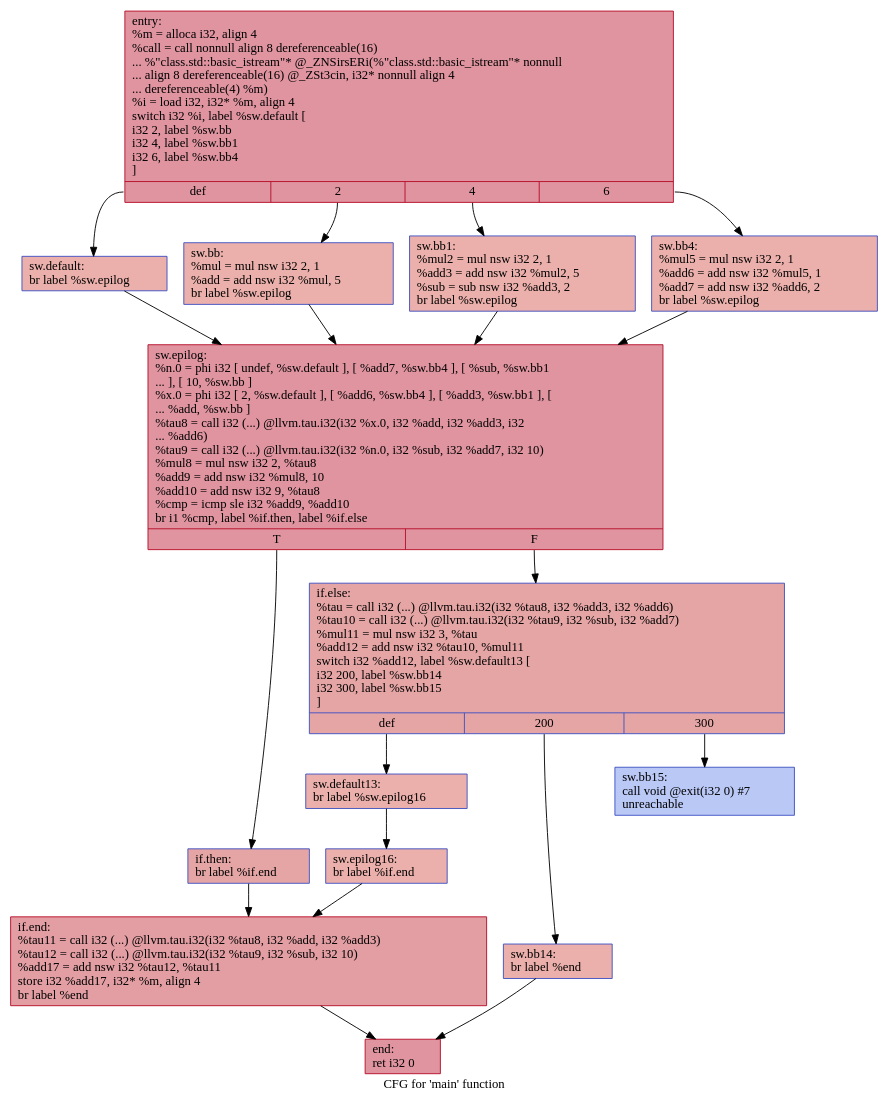
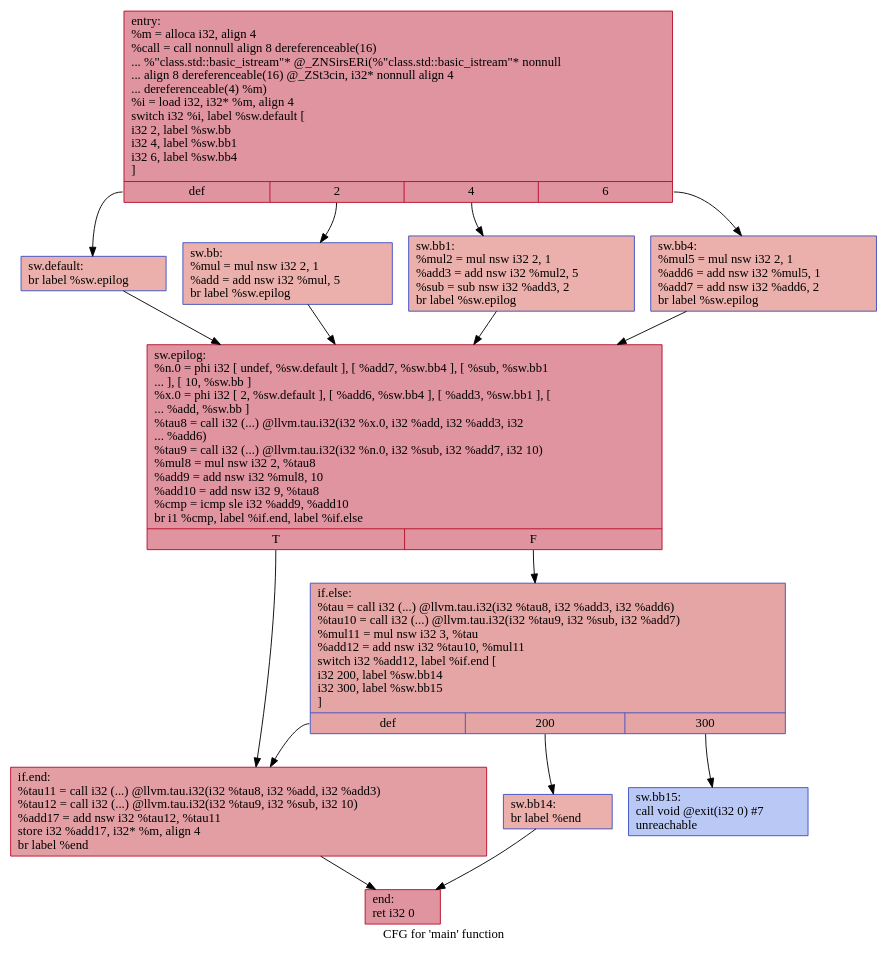
The diagram in IR/cfg/afterHPSSA.dot (HPSSA-LLVM/HPSSA-LLVM), drawn with Graphviz before and after one commit. The commit also changed 26 other files, not shown here.

```diff
--- a/IR/cfg/afterHPSSA.dot
+++ b/IR/cfg/afterHPSSA.dot
@@ -1,36 +1,30 @@
 digraph "CFG for 'main' function" {
 	label="CFG for 'main' function";
 
-	Node0x564ee1be7e00 [shape=record,color="#b70d28ff", style=filled, fillcolor="#b70d2870",label="{entry:\l  %m = alloca i32, align 4\l  %call = call nonnull align 8 dereferenceable(16)\l... %\"class.std::basic_istream\"* @_ZNSirsERi(%\"class.std::basic_istream\"* nonnull\l... align 8 dereferenceable(16) @_ZSt3cin, i32* nonnull align 4\l... dereferenceable(4) %m)\l  %i = load i32, i32* %m, align 4\l  switch i32 %i, label %sw.default [\l    i32 2, label %sw.bb\l    i32 4, label %sw.bb1\l    i32 6, label %sw.bb4\l  ]\l|{<s0>def|<s1>2|<s2>4|<s3>6}}"];
-	Node0x564ee1be7e00:s0 -> Node0x564ee1be8270;
-	Node0x564ee1be7e00:s1 -> Node0x564ee1be8380;
-	Node0x564ee1be7e00:s2 -> Node0x564ee1be8480;
-	Node0x564ee1be7e00:s3 -> Node0x564ee1be8580;
-	Node0x564ee1be8380 [shape=record,color="#3d50c3ff", style=filled, fillcolor="#d24b4070",label="{sw.bb:                                            \l  %mul = mul nsw i32 2, 1\l  %add = add nsw i32 %mul, 5\l  br label %sw.epilog\l}"];
-	Node0x564ee1be8380 -> Node0x564ee1be8830;
-	Node0x564ee1be8480 [shape=record,color="#3d50c3ff", style=filled, fillcolor="#d24b4070",label="{sw.bb1:                                           \l  %mul2 = mul nsw i32 2, 1\l  %add3 = add nsw i32 %mul2, 5\l  %sub = sub nsw i32 %add3, 2\l  br label %sw.epilog\l}"];
-	Node0x564ee1be8480 -> Node0x564ee1be8830;
-	Node0x564ee1be8580 [shape=record,color="#3d50c3ff", style=filled, fillcolor="#d24b4070",label="{sw.bb4:                                           \l  %mul5 = mul nsw i32 2, 1\l  %add6 = add nsw i32 %mul5, 1\l  %add7 = add nsw i32 %add6, 2\l  br label %sw.epilog\l}"];
-	Node0x564ee1be8580 -> Node0x564ee1be8830;
-	Node0x564ee1be8270 [shape=record,color="#3d50c3ff", style=filled, fillcolor="#d24b4070",label="{sw.default:                                       \l  br label %sw.epilog\l}"];
-	Node0x564ee1be8270 -> Node0x564ee1be8830;
-	Node0x564ee1be8830 [shape=record,color="#b70d28ff", style=filled, fillcolor="#b70d2870",label="{sw.epilog:                                        \l  %n.0 = phi i32 [ undef, %sw.default ], [ %add7, %sw.bb4 ], [ %sub, %sw.bb1\l... ], [ 10, %sw.bb ]\l  %x.0 = phi i32 [ 2, %sw.default ], [ %add6, %sw.bb4 ], [ %add3, %sw.bb1 ], [\l... %add, %sw.bb ]\l  %tau8 = call i32 (...) @llvm.tau.i32(i32 %x.0, i32 %add, i32 %add3, i32\l... %add6)\l  %tau9 = call i32 (...) @llvm.tau.i32(i32 %n.0, i32 %sub, i32 %add7, i32 10)\l  %mul8 = mul nsw i32 2, %tau8\l  %add9 = add nsw i32 %mul8, 10\l  %add10 = add nsw i32 9, %tau8\l  %cmp = icmp sle i32 %add9, %add10\l  br i1 %cmp, label %if.then, label %if.else\l|{<s0>T|<s1>F}}"];
-	Node0x564ee1be8830:s0 -> Node0x564ee1bea0b0;
-	Node0x564ee1be8830:s1 -> Node0x564ee1bea120;
-	Node0x564ee1bea0b0 [shape=record,color="#3d50c3ff", style=filled, fillcolor="#c5333470",label="{if.then:                                          \l  br label %if.end\l}"];
-	Node0x564ee1bea0b0 -> Node0x564ee1bea240;
-	Node0x564ee1bea120 [shape=record,color="#3d50c3ff", style=filled, fillcolor="#c5333470",label="{if.else:                                          \l  %tau = call i32 (...) @llvm.tau.i32(i32 %tau8, i32 %add3, i32 %add6)\l  %tau10 = call i32 (...) @llvm.tau.i32(i32 %tau9, i32 %sub, i32 %add7)\l  %mul11 = mul nsw i32 3, %tau\l  %add12 = add nsw i32 %tau10, %mul11\l  switch i32 %add12, label %sw.default13 [\l    i32 200, label %sw.bb14\l    i32 300, label %sw.bb15\l  ]\l|{<s0>def|<s1>200|<s2>300}}"];
-	Node0x564ee1bea120:s0 -> Node0x564ee1bea590;
-	Node0x564ee1bea120:s1 -> Node0x564ee1bea640;
-	Node0x564ee1bea120:s2 -> Node0x564ee1beaf50;
-	Node0x564ee1bea590 [shape=record,color="#3d50c3ff", style=filled, fillcolor="#d24b4070",label="{sw.default13:                                     \l  br label %sw.epilog16\l}"];
-	Node0x564ee1bea590 -> Node0x564ee1beb140;
-	Node0x564ee1bea640 [shape=record,color="#3d50c3ff", style=filled, fillcolor="#d24b4070",label="{sw.bb14:                                          \l  br label %end\l}"];
-	Node0x564ee1bea640 -> Node0x564ee1beb230;
-	Node0x564ee1beaf50 [shape=record,color="#3d50c3ff", style=filled, fillcolor="#6282ea70",label="{sw.bb15:                                          \l  call void @exit(i32 0) #7\l  unreachable\l}"];
-	Node0x564ee1beb140 [shape=record,color="#3d50c3ff", style=filled, fillcolor="#d24b4070",label="{sw.epilog16:                                      \l  br label %if.end\l}"];
-	Node0x564ee1beb140 -> Node0x564ee1bea240;
-	Node0x564ee1bea240 [shape=record,color="#b70d28ff", style=filled, fillcolor="#be242e70",label="{if.end:                                           \l  %tau11 = call i32 (...) @llvm.tau.i32(i32 %tau8, i32 %add, i32 %add3)\l  %tau12 = call i32 (...) @llvm.tau.i32(i32 %tau9, i32 %sub, i32 10)\l  %add17 = add nsw i32 %tau12, %tau11\l  store i32 %add17, i32* %m, align 4\l  br label %end\l}"];
-	Node0x564ee1bea240 -> Node0x564ee1beb230;
-	Node0x564ee1beb230 [shape=record,color="#b70d28ff", style=filled, fillcolor="#b70d2870",label="{end:                                              \l  ret i32 0\l}"];
+	Node0x55642c9f11b0 [shape=record,color="#b70d28ff", style=filled, fillcolor="#b70d2870",label="{entry:\l  %m = alloca i32, align 4\l  %call = call nonnull align 8 dereferenceable(16)\l... %\"class.std::basic_istream\"* @_ZNSirsERi(%\"class.std::basic_istream\"* nonnull\l... align 8 dereferenceable(16) @_ZSt3cin, i32* nonnull align 4\l... dereferenceable(4) %m)\l  %i = load i32, i32* %m, align 4\l  switch i32 %i, label %sw.default [\l    i32 2, label %sw.bb\l    i32 4, label %sw.bb1\l    i32 6, label %sw.bb4\l  ]\l|{<s0>def|<s1>2|<s2>4|<s3>6}}"];
+	Node0x55642c9f11b0:s0 -> Node0x55642c9f15f0;
+	Node0x55642c9f11b0:s1 -> Node0x55642c9f1700;
+	Node0x55642c9f11b0:s2 -> Node0x55642c9f1800;
+	Node0x55642c9f11b0:s3 -> Node0x55642c9f1900;
+	Node0x55642c9f1700 [shape=record,color="#3d50c3ff", style=filled, fillcolor="#d24b4070",label="{sw.bb:                                            \l  %mul = mul nsw i32 2, 1\l  %add = add nsw i32 %mul, 5\l  br label %sw.epilog\l}"];
+	Node0x55642c9f1700 -> Node0x55642c9f1bb0;
+	Node0x55642c9f1800 [shape=record,color="#3d50c3ff", style=filled, fillcolor="#d24b4070",label="{sw.bb1:                                           \l  %mul2 = mul nsw i32 2, 1\l  %add3 = add nsw i32 %mul2, 5\l  %sub = sub nsw i32 %add3, 2\l  br label %sw.epilog\l}"];
+	Node0x55642c9f1800 -> Node0x55642c9f1bb0;
+	Node0x55642c9f1900 [shape=record,color="#3d50c3ff", style=filled, fillcolor="#d24b4070",label="{sw.bb4:                                           \l  %mul5 = mul nsw i32 2, 1\l  %add6 = add nsw i32 %mul5, 1\l  %add7 = add nsw i32 %add6, 2\l  br label %sw.epilog\l}"];
+	Node0x55642c9f1900 -> Node0x55642c9f1bb0;
+	Node0x55642c9f15f0 [shape=record,color="#3d50c3ff", style=filled, fillcolor="#d24b4070",label="{sw.default:                                       \l  br label %sw.epilog\l}"];
+	Node0x55642c9f15f0 -> Node0x55642c9f1bb0;
+	Node0x55642c9f1bb0 [shape=record,color="#b70d28ff", style=filled, fillcolor="#b70d2870",label="{sw.epilog:                                        \l  %n.0 = phi i32 [ undef, %sw.default ], [ %add7, %sw.bb4 ], [ %sub, %sw.bb1\l... ], [ 10, %sw.bb ]\l  %x.0 = phi i32 [ 2, %sw.default ], [ %add6, %sw.bb4 ], [ %add3, %sw.bb1 ], [\l... %add, %sw.bb ]\l  %tau8 = call i32 (...) @llvm.tau.i32(i32 %x.0, i32 %add, i32 %add3, i32\l... %add6)\l  %tau9 = call i32 (...) @llvm.tau.i32(i32 %n.0, i32 %sub, i32 %add7, i32 10)\l  %mul8 = mul nsw i32 2, %tau8\l  %add9 = add nsw i32 %mul8, 10\l  %add10 = add nsw i32 9, %tau8\l  %cmp = icmp sle i32 %add9, %add10\l  br i1 %cmp, label %if.end, label %if.else\l|{<s0>T|<s1>F}}"];
+	Node0x55642c9f1bb0:s0 -> Node0x55642c9f3400;
+	Node0x55642c9f1bb0:s1 -> Node0x55642c9f3470;
+	Node0x55642c9f3470 [shape=record,color="#3d50c3ff", style=filled, fillcolor="#c5333470",label="{if.else:                                          \l  %tau = call i32 (...) @llvm.tau.i32(i32 %tau8, i32 %add3, i32 %add6)\l  %tau10 = call i32 (...) @llvm.tau.i32(i32 %tau9, i32 %sub, i32 %add7)\l  %mul11 = mul nsw i32 3, %tau\l  %add12 = add nsw i32 %tau10, %mul11\l  switch i32 %add12, label %if.end [\l    i32 200, label %sw.bb14\l    i32 300, label %sw.bb15\l  ]\l|{<s0>def|<s1>200|<s2>300}}"];
+	Node0x55642c9f3470:s0 -> Node0x55642c9f3400;
+	Node0x55642c9f3470:s1 -> Node0x55642c9f3830;
+	Node0x55642c9f3470:s2 -> Node0x55642c9f38d0;
+	Node0x55642c9f3830 [shape=record,color="#3d50c3ff", style=filled, fillcolor="#d24b4070",label="{sw.bb14:                                          \l  br label %end\l}"];
+	Node0x55642c9f3830 -> Node0x55642c9f3a60;
+	Node0x55642c9f38d0 [shape=record,color="#3d50c3ff", style=filled, fillcolor="#6282ea70",label="{sw.bb15:                                          \l  call void @exit(i32 0) #7\l  unreachable\l}"];
+	Node0x55642c9f3400 [shape=record,color="#b70d28ff", style=filled, fillcolor="#be242e70",label="{if.end:                                           \l  %tau11 = call i32 (...) @llvm.tau.i32(i32 %tau8, i32 %add, i32 %add3)\l  %tau12 = call i32 (...) @llvm.tau.i32(i32 %tau9, i32 %sub, i32 10)\l  %add17 = add nsw i32 %tau12, %tau11\l  store i32 %add17, i32* %m, align 4\l  br label %end\l}"];
+	Node0x55642c9f3400 -> Node0x55642c9f3a60;
+	Node0x55642c9f3a60 [shape=record,color="#b70d28ff", style=filled, fillcolor="#b70d2870",label="{end:                                              \l  ret i32 0\l}"];
 }
```
